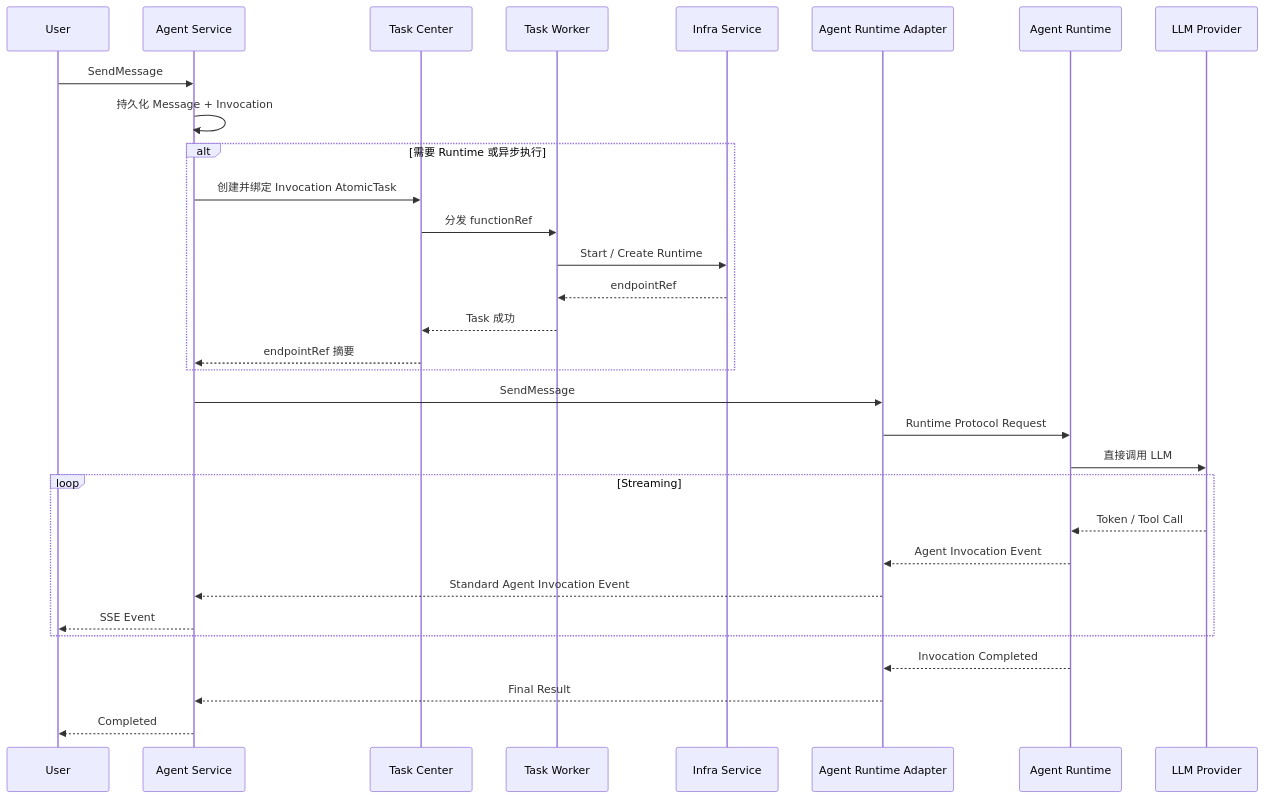
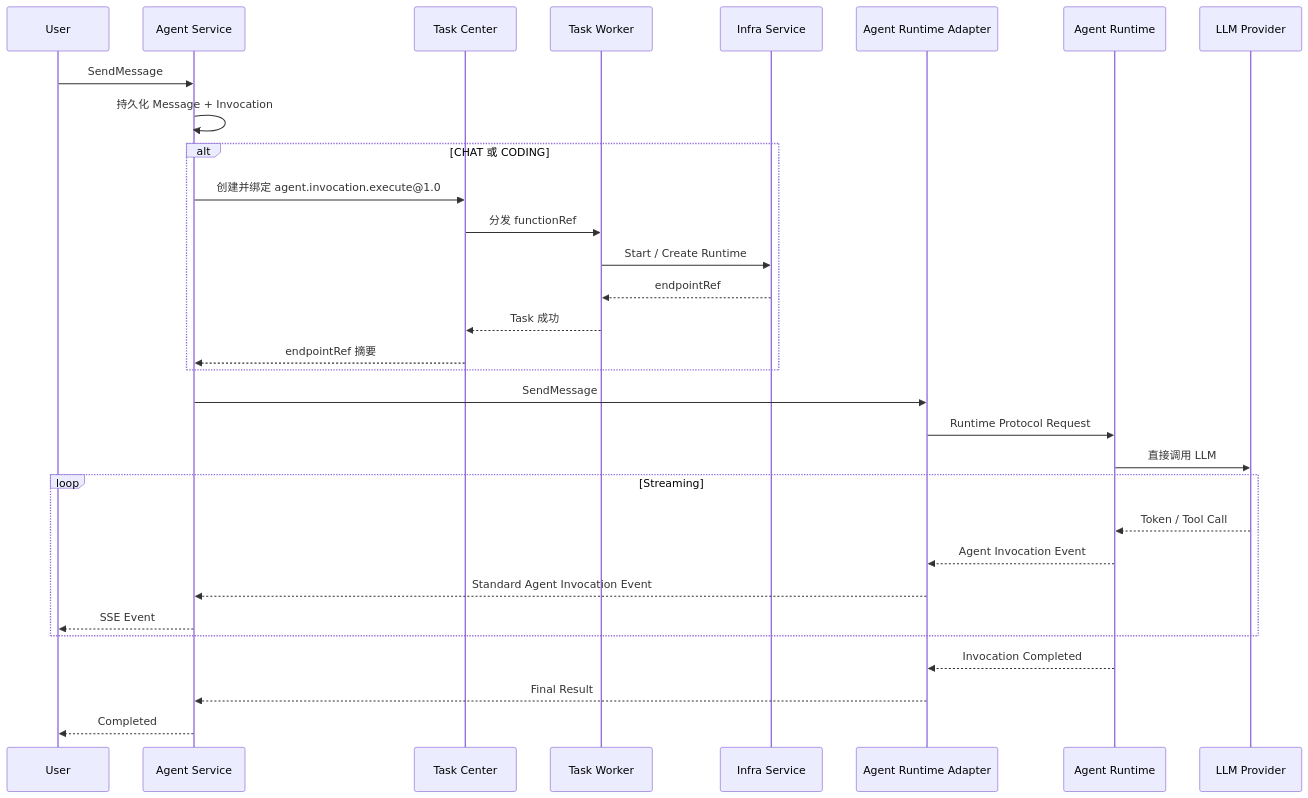
The seventh of 9 diagrams in 00_product/domains/agent/product-spec.md (wangweihong/omnimam-spec), drawn with Mermaid before and after one commit. The commit also changed other lines of this file and 31 other files, not shown here.

Commit message:
spec: close AppStudio coding agent invocation flow

````diff
--- a/00_product/domains/agent/product-spec.md
+++ b/00_product/domains/agent/product-spec.md
@@ -1339,38 +1358,38 @@
 ```mermaid
 sequenceDiagram
     participant U as User
     participant AS as Agent Service
     participant TC as Task Center
     participant TW as Task Worker
     participant IS as Infra Service
     participant AD as Agent Runtime Adapter
     participant AR as Agent Runtime
     participant LLM as LLM Provider
 
     U->>AS: SendMessage
     AS->>AS: 持久化 Message + Invocation
 
-    alt 需要 Runtime 或异步执行
-        AS->>TC: 创建并绑定 Invocation AtomicTask
+    alt CHAT 或 CODING
+        AS->>TC: 创建并绑定 agent.invocation.execute@1.0
         TC->>TW: 分发 functionRef
         TW->>IS: Start / Create Runtime
         IS-->>TW: endpointRef
         TW-->>TC: Task 成功
         TC-->>AS: endpointRef 摘要
     end
 
     AS->>AD: SendMessage
     AD->>AR: Runtime Protocol Request
     AR->>LLM: 直接调用 LLM
 
     loop Streaming
         LLM-->>AR: Token / Tool Call
         AR-->>AD: Agent Invocation Event
         AD-->>AS: Standard Agent Invocation Event
         AS-->>U: SSE Event
     end
 
     AR-->>AD: Invocation Completed
     AD-->>AS: Final Result
     AS-->>U: Completed
 ```
````
